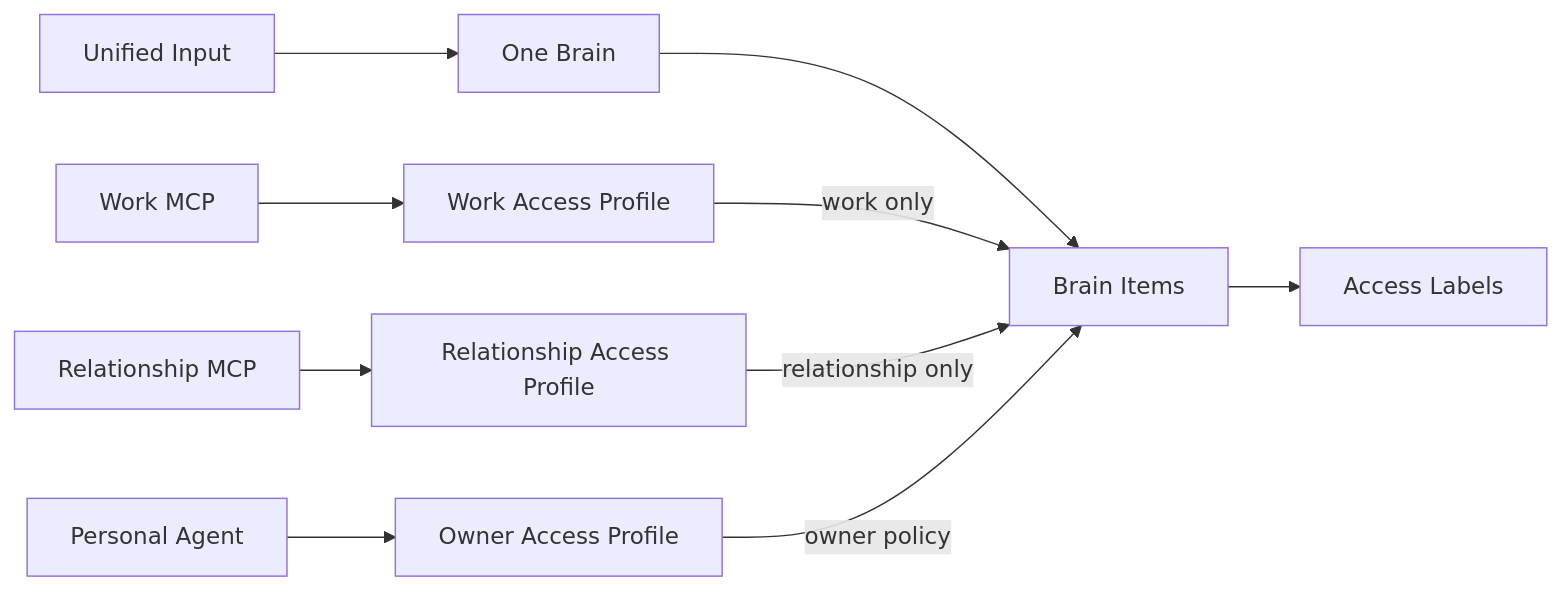
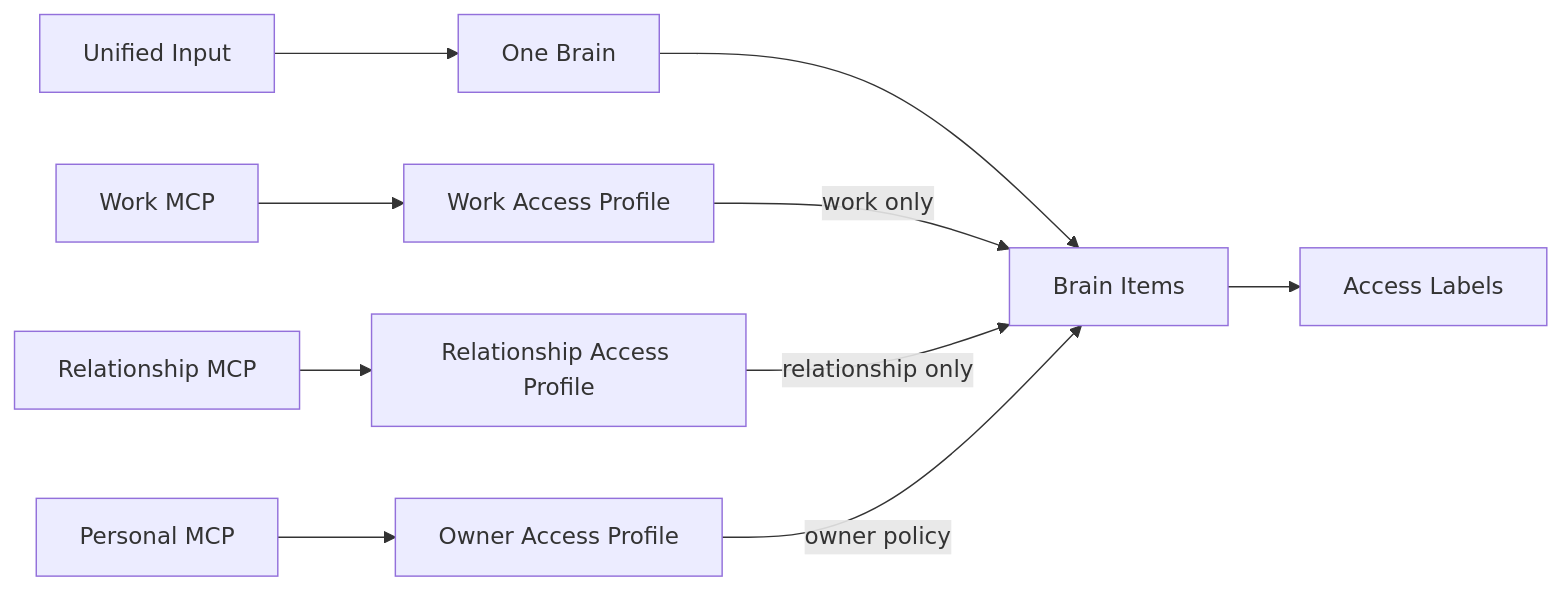
Before and after one commit to kkyosuke/me-builder: the diagram in docs/brain-access-label-design.md, drawn with Mermaid. The commit also changed other lines of this file and 2 other files, not shown here.

````diff
--- a/docs/brain-access-label-design.md
+++ b/docs/brain-access-label-design.md
@@ -18,14 +18,14 @@
 ```mermaid
 flowchart LR
     INPUT[Unified Input] --> B[One Brain]
     B --> ITEM[Brain Items]
     ITEM --> LABEL[Access Labels]
 
     MCP1[Work MCP] --> AP1[Work Access Profile]
     MCP2[Relationship MCP] --> AP2[Relationship Access Profile]
-    MCP3[Personal Agent] --> AP3[Owner Access Profile]
+    MCP3[Personal MCP] --> AP3[Owner Access Profile]
 
     AP1 -->|work only| ITEM
     AP2 -->|relationship only| ITEM
     AP3 -->|owner policy| ITEM
 ```
````
